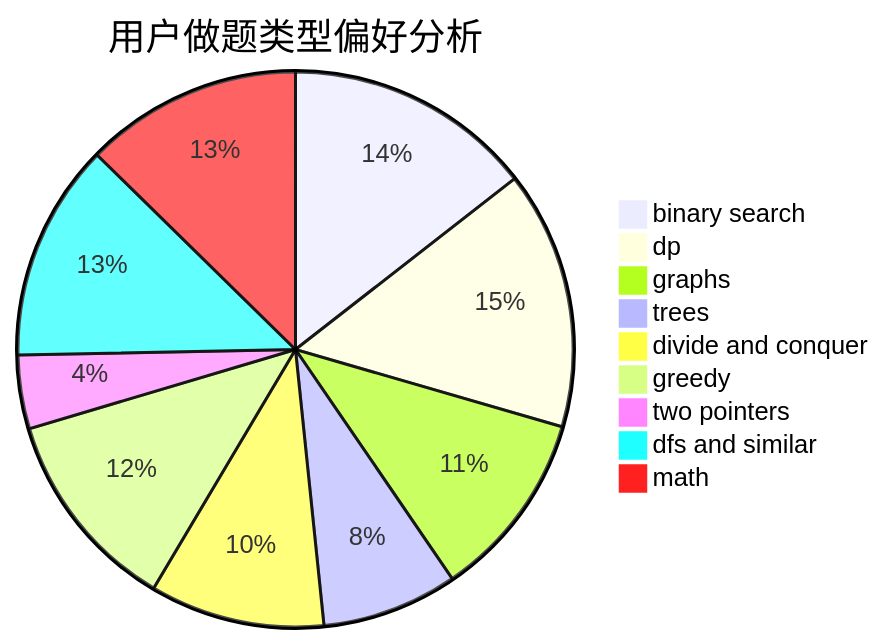
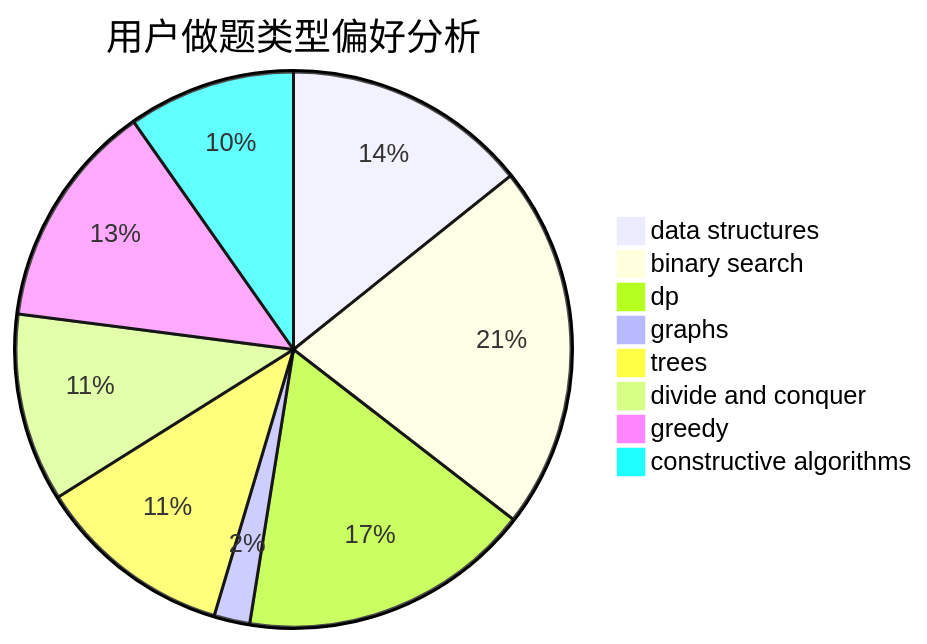
The second of 3 diagrams in docs/user/u992.md (sherpahu/cfrs.github.io), drawn with Mermaid before and after one commit. The commit also changed other lines of this file and 2775 other files, not shown here.

````diff
--- a/docs/user/u992.md
+++ b/docs/user/u992.md
@@ -23,12 +23,11 @@
 ```mermaid
 pie title 用户做题类型偏好分析
-    "binary search" :  128
-    "dp" :  133
-    "graphs" :  97
-    "trees" :  70
-    "divide and conquer" :  90
-    "greedy" :  105
-    "two pointers" :  38
-    "dfs and similar" :  112
-    "math" :  112
+    "data structures" :  82
+    "binary search" :  122
+    "dp" :  98
+    "graphs" :  12
+    "trees" :  66
+    "divide and conquer" :  63
+    "greedy" :  76
+    "constructive algorithms" :  56
 ```
````
